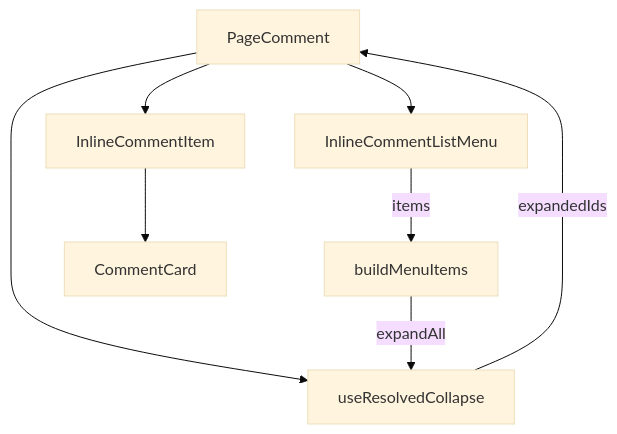
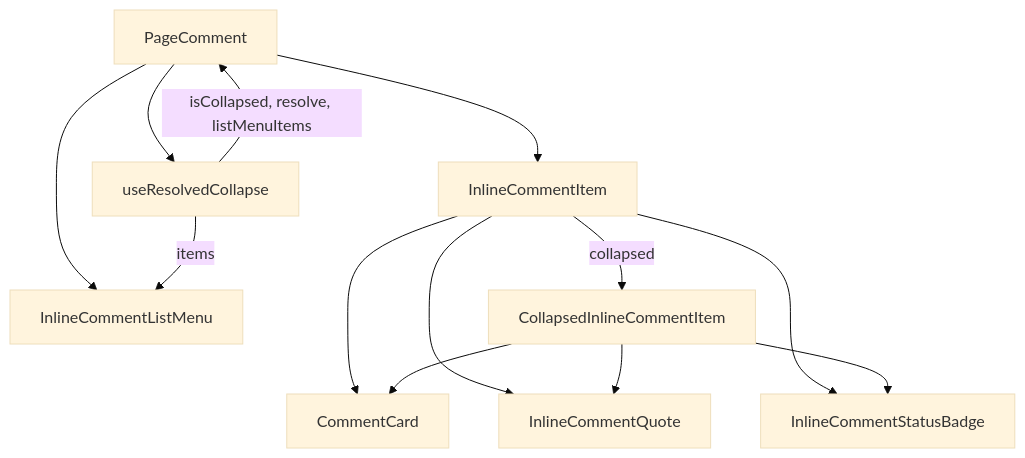
Before and after one commit to growilabs/growi: the first of 2 diagrams in .kiro/specs/inline-comment-ui-refinement/design.md, drawn with Mermaid (base theme). The commit also changed other lines of this file and 2 other files, not shown here.

First line of the commit message:
docs(inline-comment-ui-refinement): refine module granularity per design review

````diff
--- a/.kiro/specs/inline-comment-ui-refinement/design.md
+++ b/.kiro/specs/inline-comment-ui-refinement/design.md
@@ -72,10 +72,15 @@
 ```mermaid
 graph TB
   PageComment --> useResolvedCollapse
   PageComment --> InlineCommentListMenu
   PageComment --> InlineCommentItem
-  useResolvedCollapse -->|expandedIds| PageComment
-  InlineCommentListMenu -->|items| buildMenuItems
-  buildMenuItems -->|expandAll| useResolvedCollapse
+  useResolvedCollapse -->|isCollapsed, resolve, listMenuItems| PageComment
+  useResolvedCollapse -->|items| InlineCommentListMenu
+  InlineCommentItem -->|collapsed| CollapsedInlineCommentItem
   InlineCommentItem --> CommentCard
+  InlineCommentItem --> InlineCommentQuote
+  InlineCommentItem --> InlineCommentStatusBadge
+  CollapsedInlineCommentItem --> CommentCard
+  CollapsedInlineCommentItem --> InlineCommentQuote
+  CollapsedInlineCommentItem --> InlineCommentStatusBadge
 ```
````
